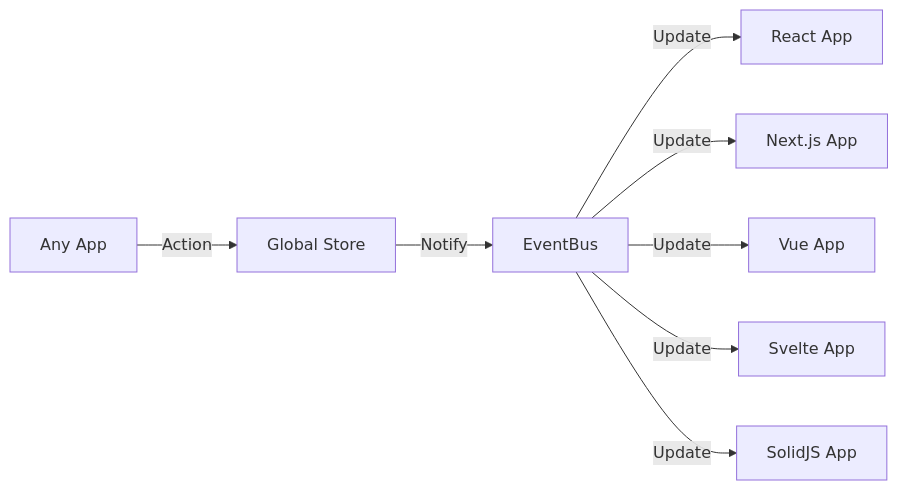
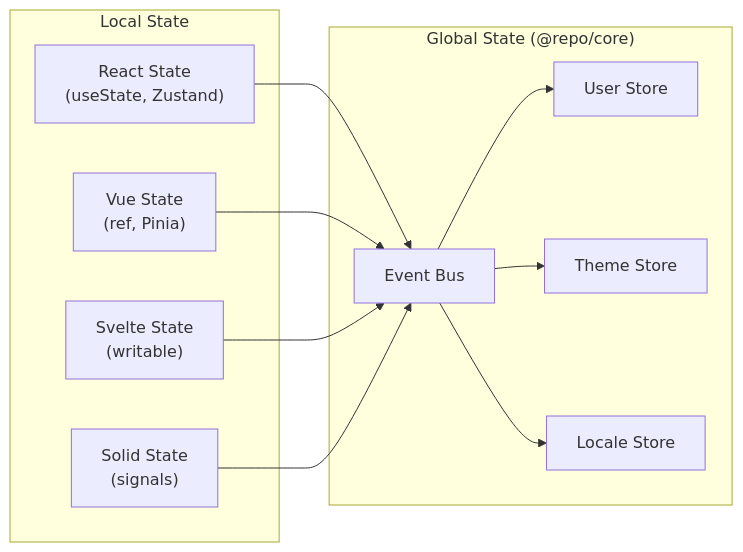
The fourth of 7 diagrams in docs/ARCHITECTURE.md (tian972k/micro-fontend-base), drawn with Mermaid before and after one commit. The commit also changed other lines of this file and 136 other files, not shown here.

````diff
--- a/docs/ARCHITECTURE.md
+++ b/docs/ARCHITECTURE.md
@@ -215,10 +214,25 @@
 ```mermaid
 flowchart LR
-    SourceApp["Any App"] -->|Action| GlobalStore["Global Store"]
-    GlobalStore -->|Notify| EventBus
-    EventBus -->|Update| React["React App"]
-    EventBus -->|Update| Next["Next.js App"]
-    EventBus -->|Update| Vue["Vue App"]
-    EventBus -->|Update| Svelte["Svelte App"]
-    EventBus -->|Update| Solid["SolidJS App"]
+    subgraph "Local State"
+        ReactState["React State<br/>(useState, Zustand)"]
+        VueState["Vue State<br/>(ref, Pinia)"]
+        SvelteState["Svelte State<br/>(writable)"]
+        SolidState["Solid State<br/>(signals)"]
+    end
+
+    subgraph "Global State (@repo/core)"
+        UserStore["User Store"]
+        ThemeStore["Theme Store"]
+        LocaleStore["Locale Store"]
+        EventBus["Event Bus"]
+    end
+
+    ReactState --> EventBus
+    VueState --> EventBus
+    SvelteState --> EventBus
+    SolidState --> EventBus
+
+    EventBus --> UserStore
+    EventBus --> ThemeStore
+    EventBus --> LocaleStore
 ```
````
